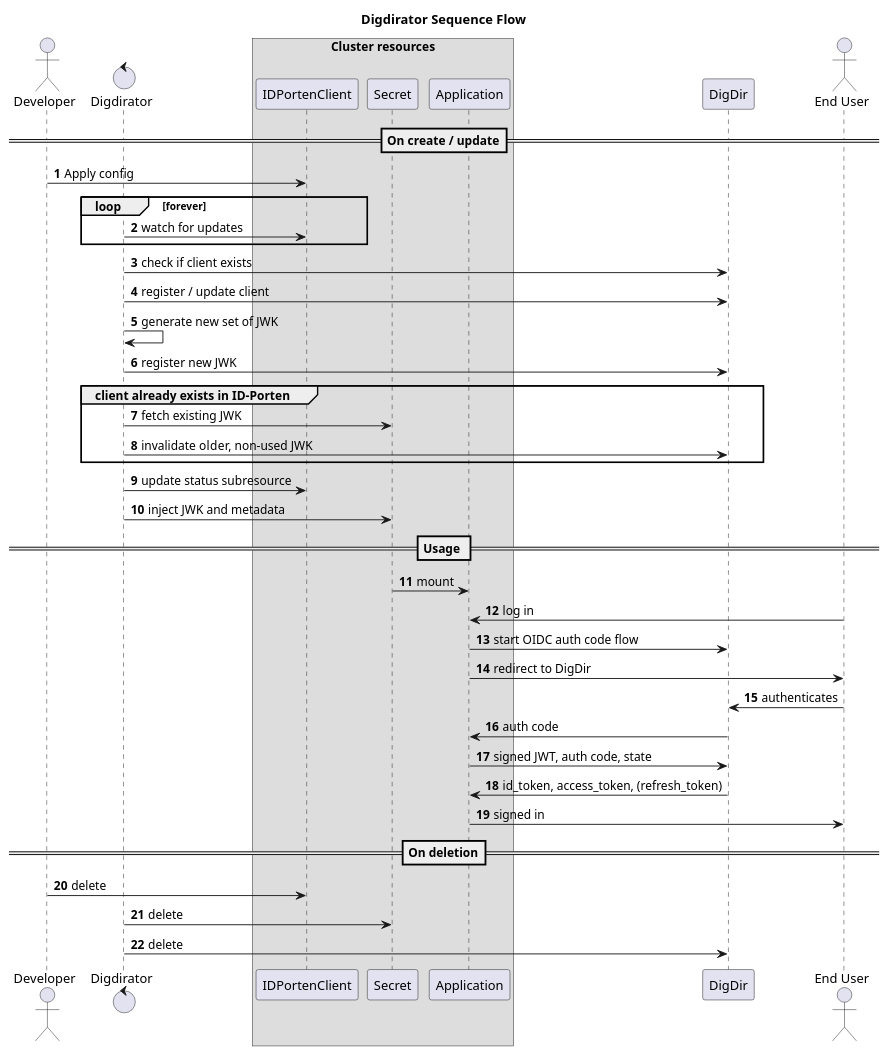
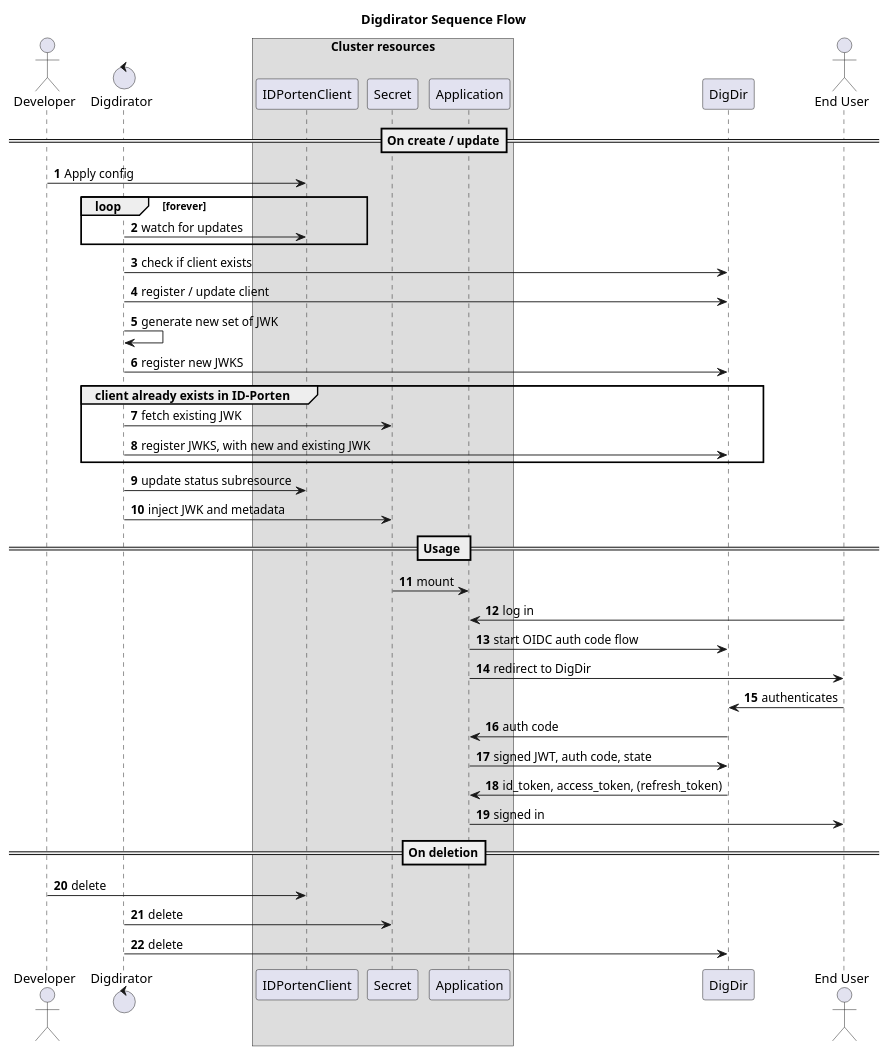
Before and after one commit to nais/digdirator: the diagram in docs/sequence.puml, drawn with PlantUML.

Commit message:
doc: Update doc to reflect jwks update @ digdir

```diff
--- a/docs/sequence.puml
+++ b/docs/sequence.puml
@@ -1,55 +1,55 @@
 @startuml component
 title Digdirator Sequence Flow
 skinparam maxMessageSize 300
 autonumber
 
 actor developer as "Developer"
 control digdirator as "Digdirator"
 
 box "Cluster resources"
 participant IDPortenClient
 participant Secret
 participant Application
 end box
 
 participant digdir as "DigDir"
 actor enduser as "End User"
 
 ==On create / update==
 developer -> IDPortenClient: Apply config
 
 loop forever
 	digdirator -> IDPortenClient: watch for updates
 end
 
 digdirator -> digdir: check if client exists
 digdirator -> digdir: register / update client
 digdirator -> digdirator: generate new set of JWK
-digdirator -> digdir: register new JWK
+digdirator -> digdir: register new JWKS
 
 group client already exists in ID-Porten
     digdirator -> Secret: fetch existing JWK
-    digdirator -> digdir: invalidate older, non-used JWK
+    digdirator -> digdir: register JWKS, with new and existing JWK
 end
 
 digdirator -> IDPortenClient: update status subresource
 digdirator -> Secret: inject JWK and metadata
 
 == Usage ==
 
 Secret -> Application: mount
 enduser -> Application: log in
 Application -> digdir: start OIDC auth code flow
 Application -> enduser: redirect to DigDir
 enduser -> digdir: authenticates
 digdir -> Application: auth code
 Application -> digdir: signed JWT, auth code, state
 digdir -> Application: id_token, access_token, (refresh_token)
 Application -> enduser: signed in
 
 ==On deletion==
     developer -> IDPortenClient: delete
     digdirator -> Secret: delete
     digdirator -> digdir: delete
 
 @enduml
```
